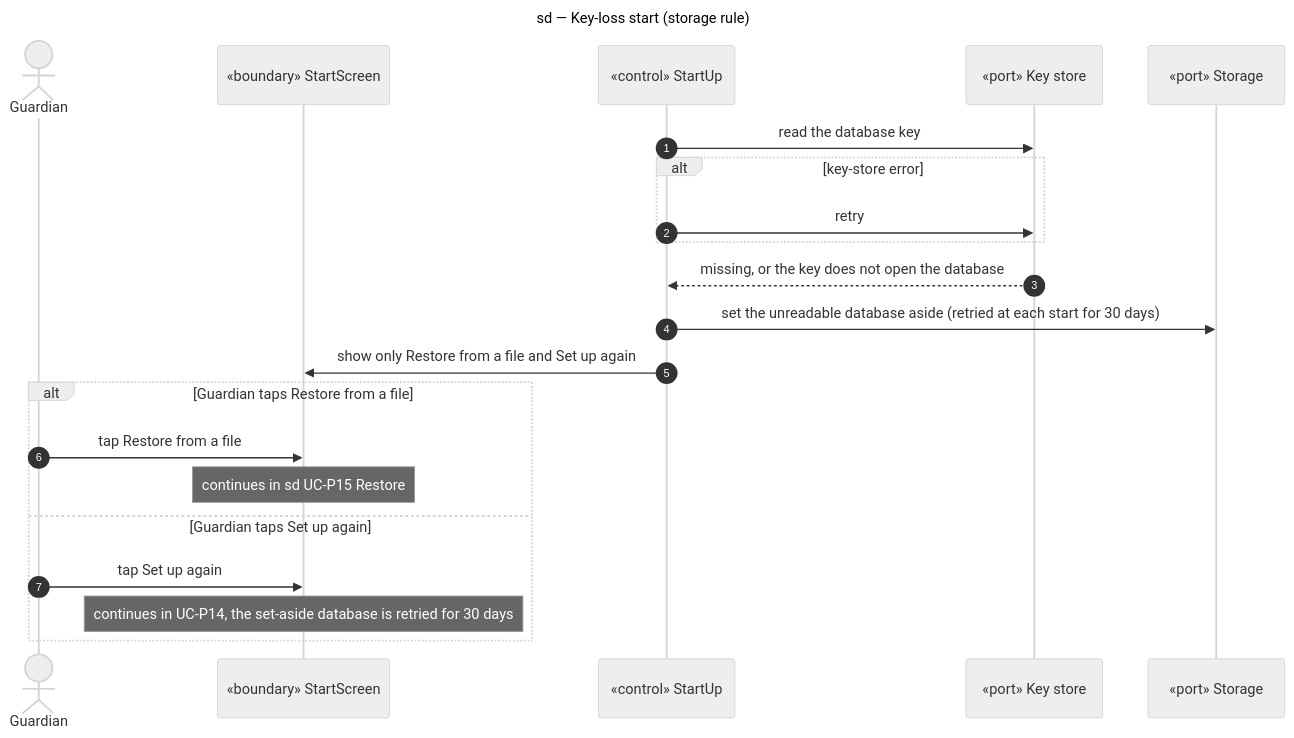
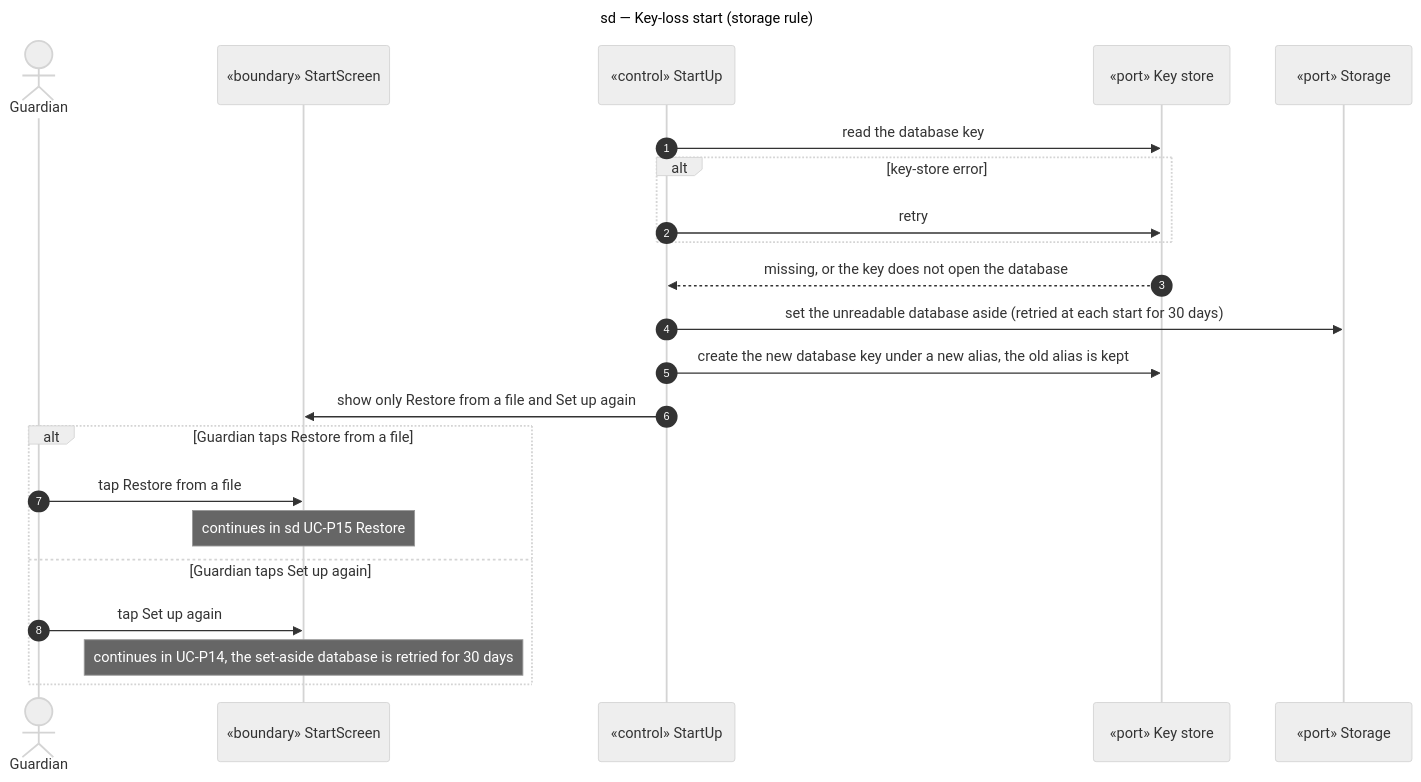
Before and after one commit to benoit-bremaud/learn-to-earn: the diagram in docs/architecture/diagrams/parent-space/04-sequence-key-loss-start.md, drawn with Mermaid (neutral theme). The commit also changed other lines of this file and 8 other files, not shown here.

````diff
--- a/docs/architecture/diagrams/parent-space/04-sequence-key-loss-start.md
+++ b/docs/architecture/diagrams/parent-space/04-sequence-key-loss-start.md
@@ -16,25 +16,26 @@
 ```mermaid
 sequenceDiagram
   title sd — Key-loss start (storage rule)
   autonumber
   actor Guardian
   participant PUI as «boundary» StartScreen
   participant Start as «control» StartUp
   participant Keys as «port» Key store
   participant Store as «port» Storage
 
   Start->>Keys: read the database key
   alt key-store error
     Start->>Keys: retry
   end
   Keys-->>Start: missing, or the key does not open the database
   Start->>Store: set the unreadable database aside (retried at each start for 30 days)
+  Start->>Keys: create the new database key under a new alias, the old alias is kept
   Start->>PUI: show only Restore from a file and Set up again
   alt Guardian taps Restore from a file
     Guardian->>PUI: tap Restore from a file
     Note over PUI: continues in sd UC-P15 Restore
   else Guardian taps Set up again
     Guardian->>PUI: tap Set up again
     Note over PUI: continues in UC-P14, the set-aside database is retried for 30 days
   end
 ```
````
